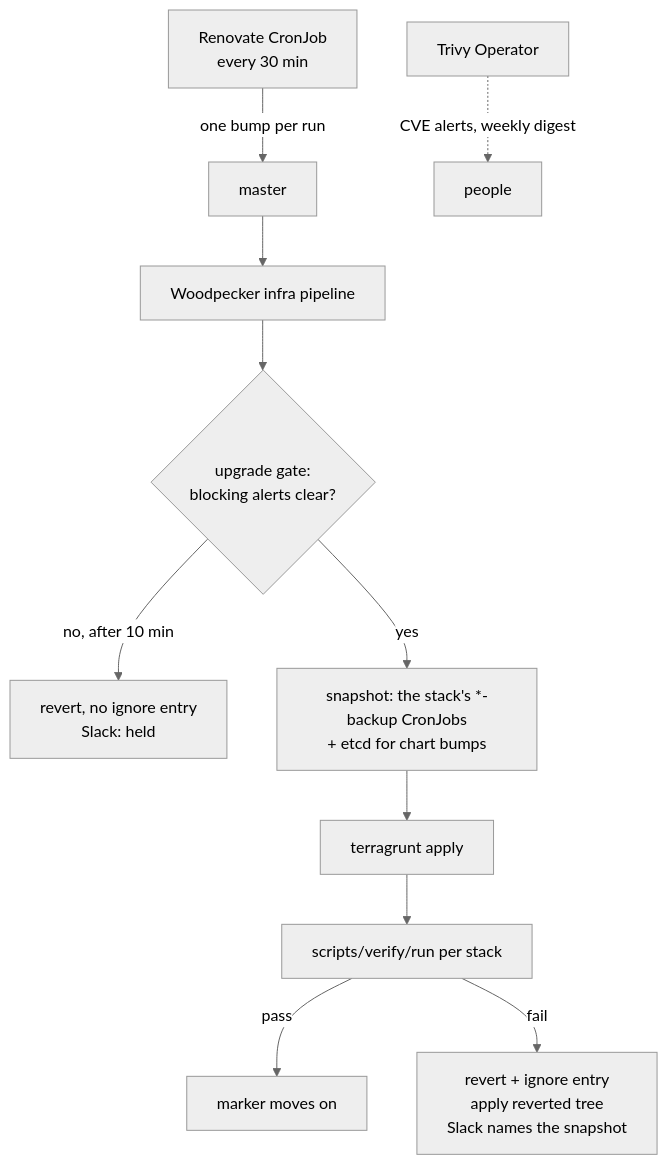
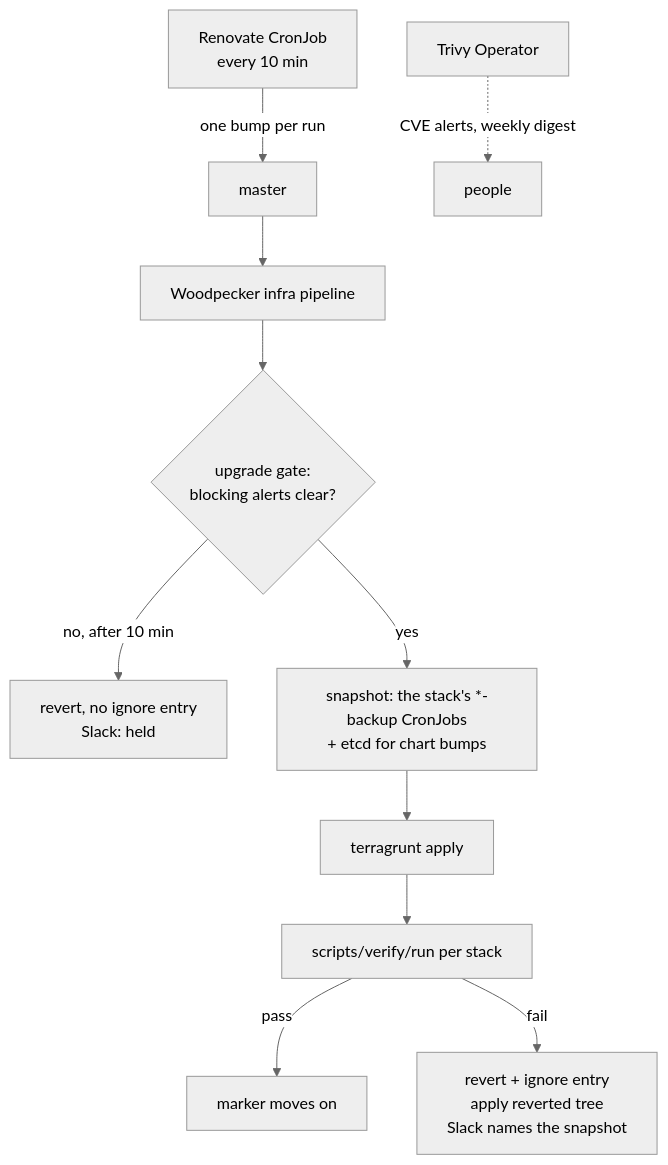
The diagram in docs/architecture/automated-upgrades.md (ViktorBarzin/infra), drawn with Mermaid (neutral theme) before and after one commit. The commit also changed other lines of this file and 8 other files, not shown here.

````diff
--- a/docs/architecture/automated-upgrades.md
+++ b/docs/architecture/automated-upgrades.md
@@ -22,13 +22,13 @@
 ```mermaid
 flowchart TD
-  R[Renovate CronJob<br/>every 30 min] -->|one bump per run| M[master]
+  R[Renovate CronJob<br/>every 10 min] -->|one bump per run| M[master]
   M --> P[Woodpecker infra pipeline]
   P --> G{upgrade gate:<br/>blocking alerts clear?}
   G -->|no, after 10 min| H[revert, no ignore entry<br/>Slack: held]
   G -->|yes| S[snapshot: the stack's *-backup CronJobs<br/>+ etcd for chart bumps]
   S --> A[terragrunt apply]
   A --> V[scripts/verify/run per stack]
   V -->|pass| OK[marker moves on]
   V -->|fail| F[revert + ignore entry<br/>apply reverted tree<br/>Slack names the snapshot]
   T[Trivy Operator] -.->|CVE alerts, weekly digest| HUM[people]
 ```
````
